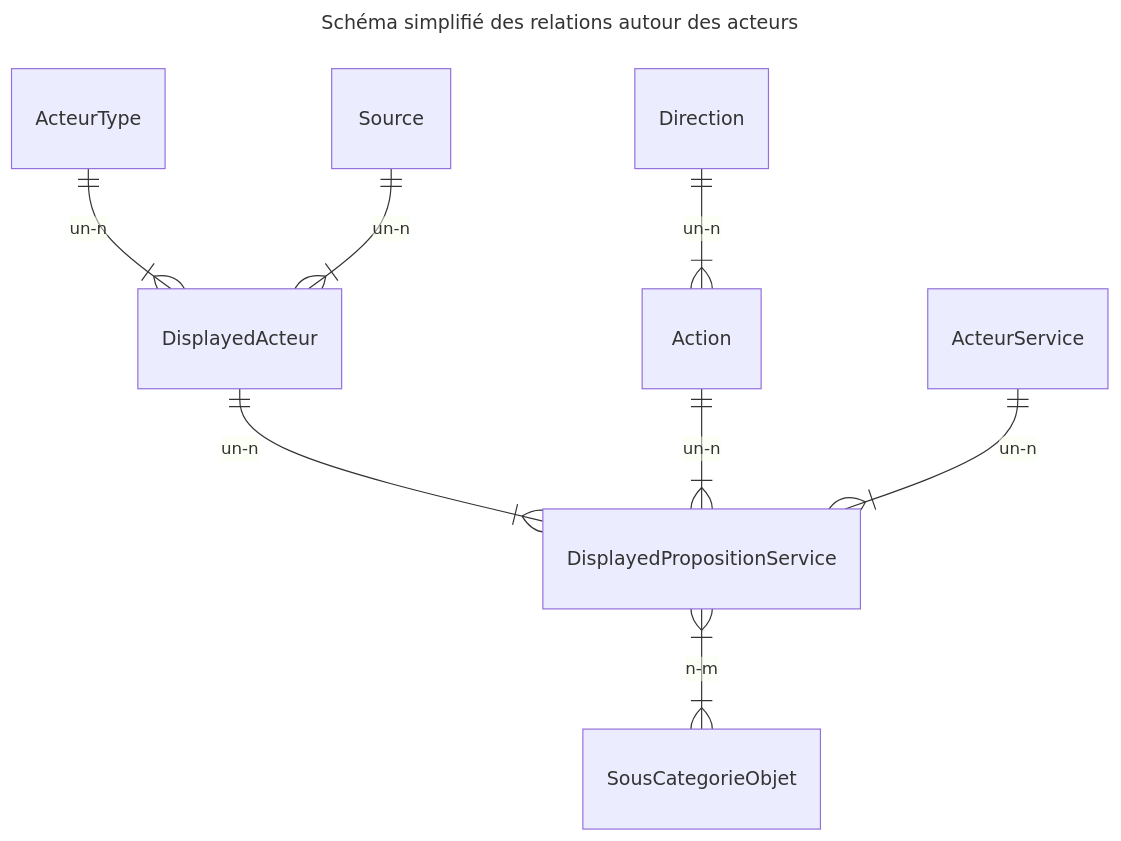
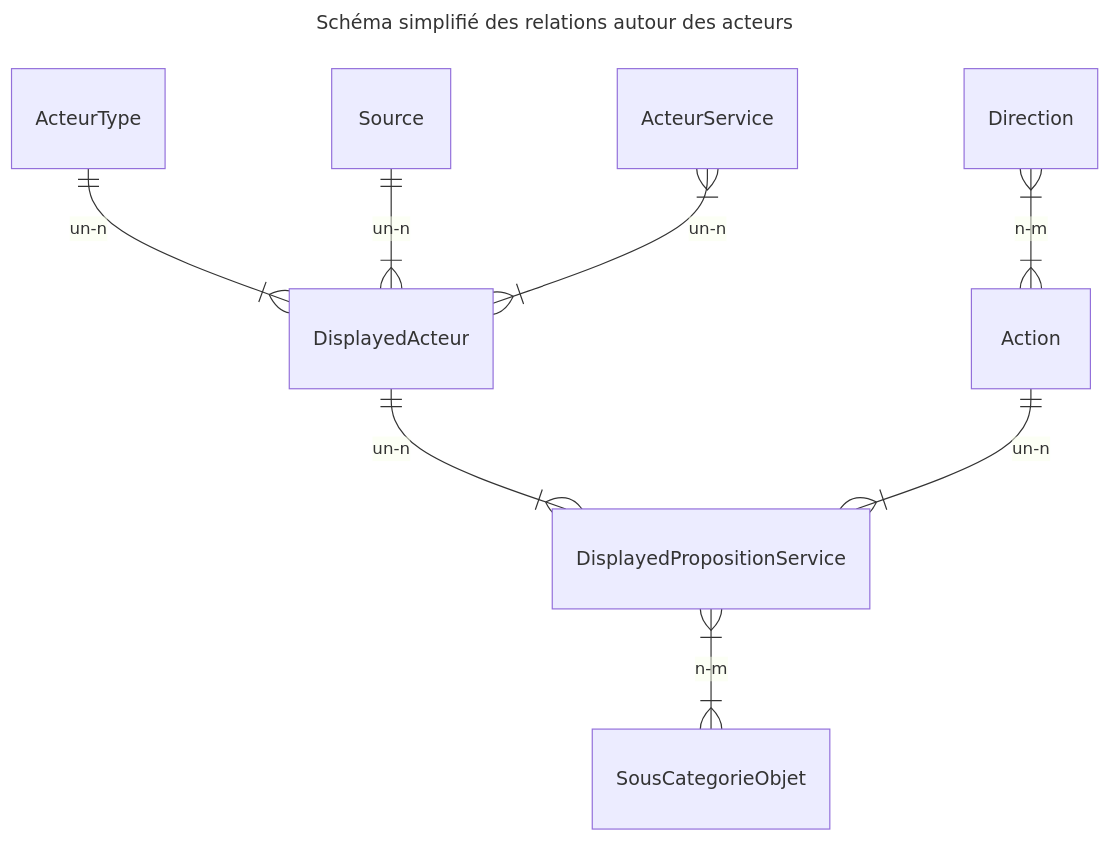
The second of 3 diagrams in README.md (incubateur-ademe/quefairedemesobjets), drawn with Mermaid before and after one commit. The commit also changed other lines of this file and 1 other file, not shown here.

````diff
--- a/README.md
+++ b/README.md
@@ -451,15 +404,15 @@
 ```mermaid
 ---
 title: Schéma simplifié des relations autour des acteurs
 ---
 
 erDiagram
-    Direction ||--|{ Action : un-n
+    Direction }|--|{ Action : n-m
     DisplayedActeur ||--|{ DisplayedPropositionService : un-n
     ActeurType ||--|{ DisplayedActeur : un-n
     Source ||--|{ DisplayedActeur : un-n
     Action ||--|{ DisplayedPropositionService : un-n
-    ActeurService ||--|{ DisplayedPropositionService : un-n
+    ActeurService }|--|{ DisplayedActeur : un-n
     DisplayedPropositionService }|--|{ SousCategorieObjet : n-m
 
 ```
````
